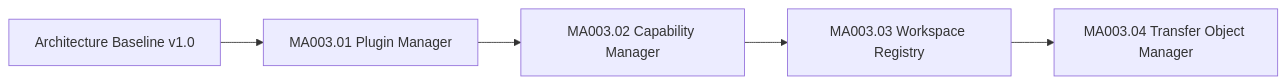
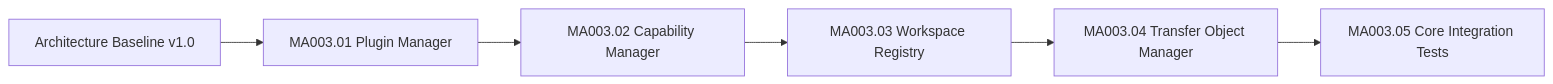
Before and after one commit to rk-engineeringAToutlook-de/RKWorkspace: the diagram in Docs/Development/MA003_Progress.md, drawn with Mermaid. The commit also changed other lines of this file and 7 other files, not shown here.

Commit message:
test(core): add first core integration scenarios

````diff
--- a/Docs/Development/MA003_Progress.md
+++ b/Docs/Development/MA003_Progress.md
@@ -14,7 +14,8 @@
 ```mermaid
 flowchart LR
     Baseline["Architecture Baseline v1.0"] --> MA00301["MA003.01 Plugin Manager"]
     MA00301 --> MA00302["MA003.02 Capability Manager"]
     MA00302 --> MA00303["MA003.03 Workspace Registry"]
     MA00303 --> MA00304["MA003.04 Transfer Object Manager"]
+    MA00304 --> MA00305["MA003.05 Core Integration Tests"]
 ```
````
